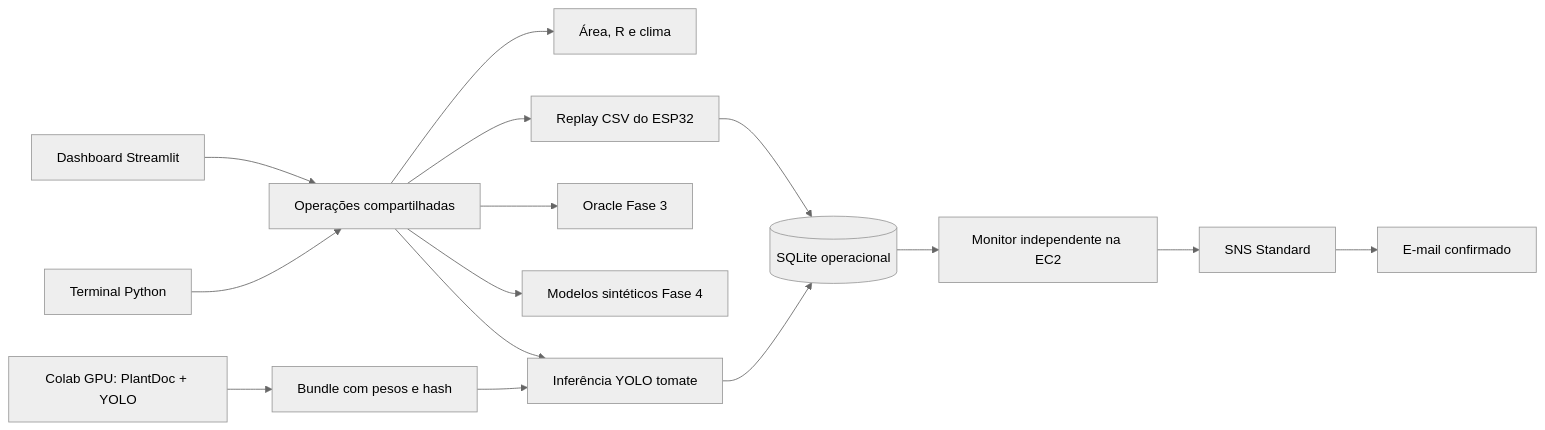
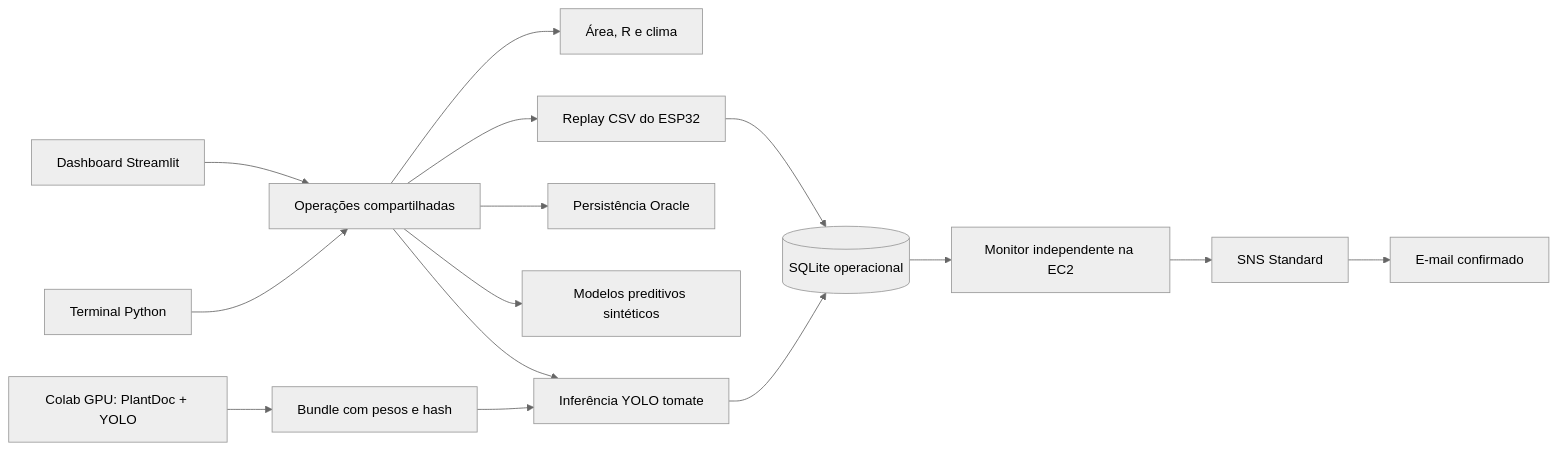
One commit to EnzoCaetano015/Fiap-FarmTech-Solutions changed the diagram in docs/arquitetura.md. Above: the diagram before and after it, drawn with Mermaid (neutral theme). The commit also changed other lines of this file and 17 other files, not shown here.

````diff
--- a/docs/arquitetura.md
+++ b/docs/arquitetura.md
@@ -3,17 +3,17 @@
 ```mermaid
 flowchart LR
     UI[Dashboard Streamlit] --> OPS[Operações compartilhadas]
     CLI[Terminal Python] --> OPS
     OPS --> F1[Área, R e clima]
     OPS --> IOT[Replay CSV do ESP32]
-    OPS --> ORA[Oracle Fase 3]
-    OPS --> ML[Modelos sintéticos Fase 4]
+    OPS --> ORA[Persistência Oracle]
+    OPS --> ML[Modelos preditivos sintéticos]
     OPS --> CV[Inferência YOLO tomate]
     IOT --> DB[(SQLite operacional)]
     CV --> DB
     DB --> WORKER[Monitor independente na EC2]
     WORKER --> SNS[SNS Standard]
     SNS --> MAIL[E-mail confirmado]
     COLAB[Colab GPU: PlantDoc + YOLO] --> BUNDLE[Bundle com pesos e hash]
     BUNDLE --> CV
 ```
````
